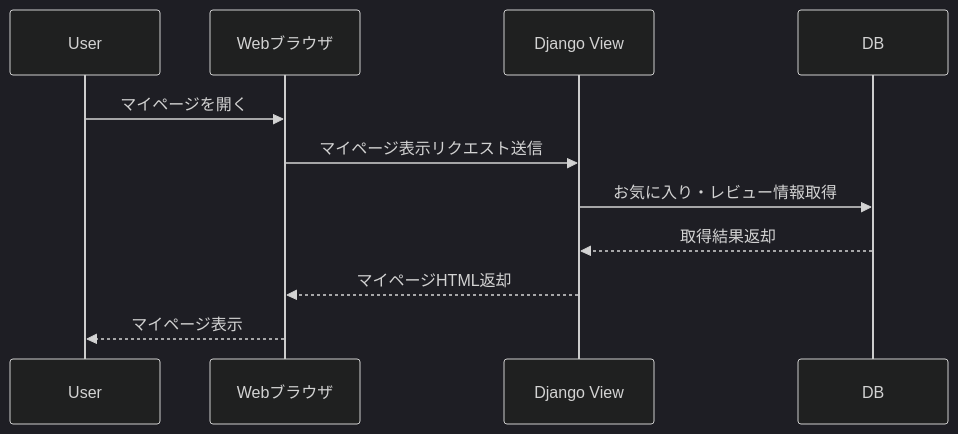
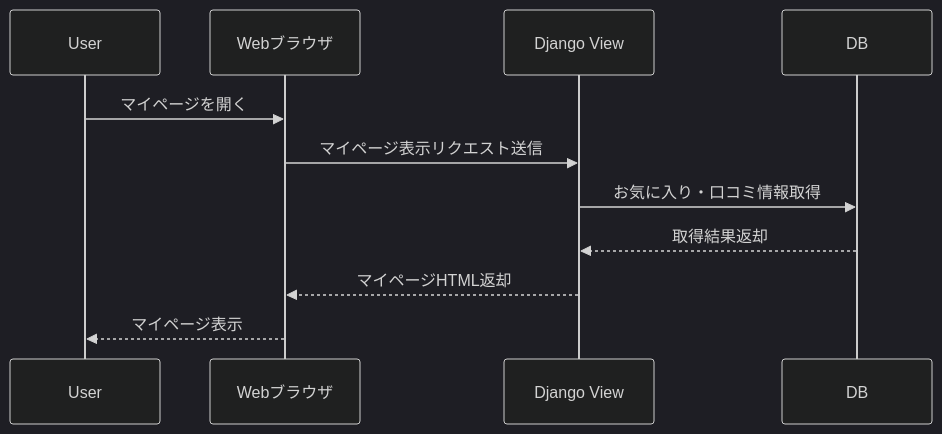
Before and after one commit to jam006097/kids-playground: the sixth of 9 diagrams in docs/sequence.md, drawn with Mermaid (dark theme). The commit also changed other lines of this file and 4 other files, not shown here.

````diff
--- a/docs/sequence.md
+++ b/docs/sequence.md
@@ -100,14 +100,14 @@
 ```mermaid
 sequenceDiagram
     participant User
     participant Web as Webブラウザ
     participant View as Django View
     participant DB as DB
 
     User->>Web: マイページを開く
     Web->>View: マイページ表示リクエスト送信
-    View->>DB: お気に入り・レビュー情報取得
+    View->>DB: お気に入り・口コミ情報取得
     DB-->>View: 取得結果返却
     View-->>Web: マイページHTML返却
     Web-->>User: マイページ表示
 ```
````
